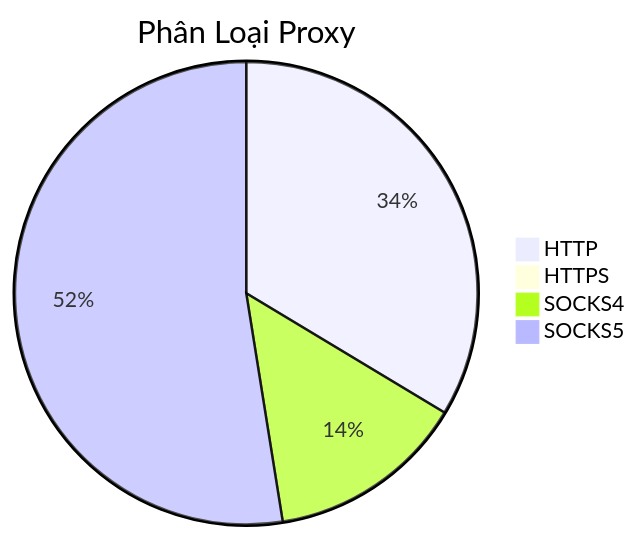
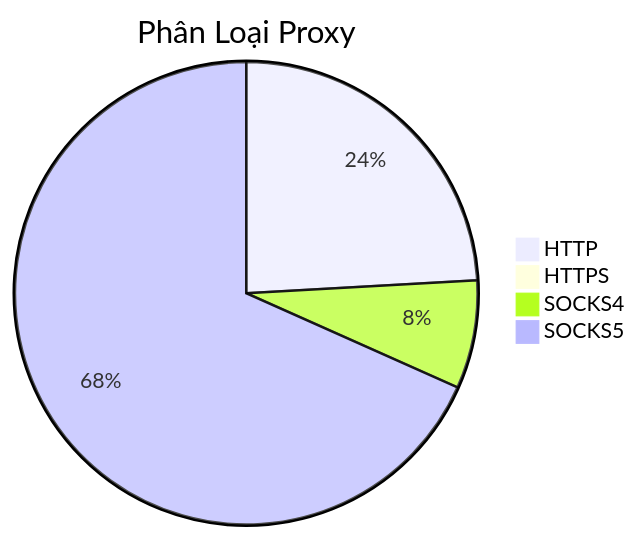
The diagram in README.md (Ciara-Aa/PROXY-free), drawn with Mermaid before and after one commit. The commit also changed other lines of this file and 4 other files, not shown here.

````diff
--- a/README.md
+++ b/README.md
@@ -26,7 +26,7 @@
 ```mermaid
 pie title Phân Loại Proxy
-    "HTTP" : 726
-    "HTTPS" : 3
-    "SOCKS4" : 299
-    "SOCKS5" : 1134
+    "HTTP" : 995
+    "HTTPS" : 1
+    "SOCKS4" : 312
+    "SOCKS5" : 2820
 ```
````
